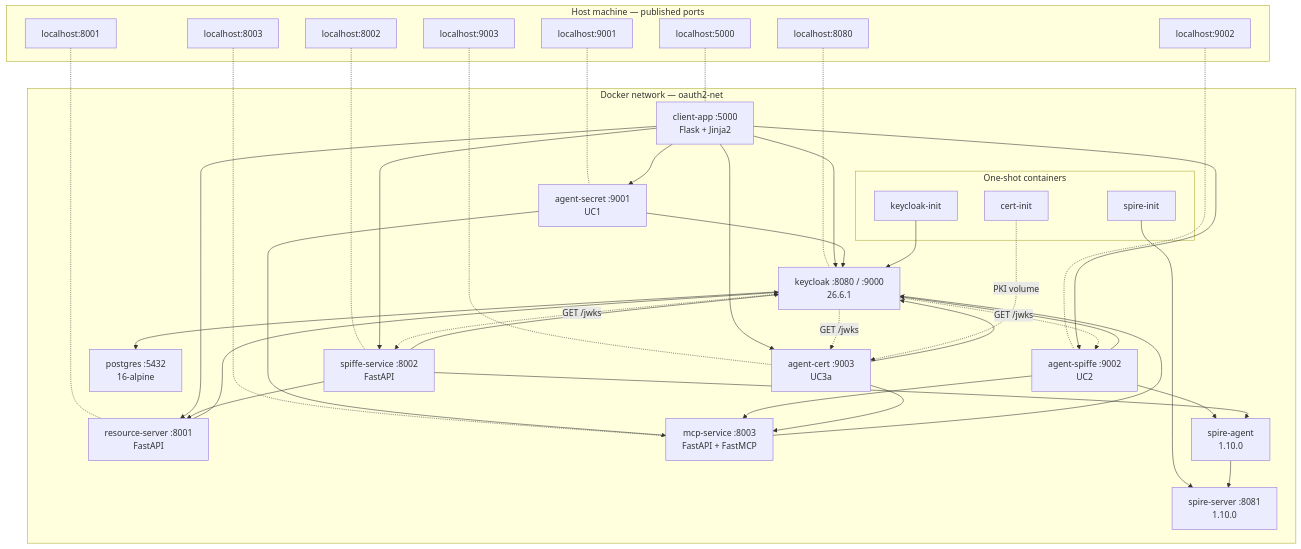
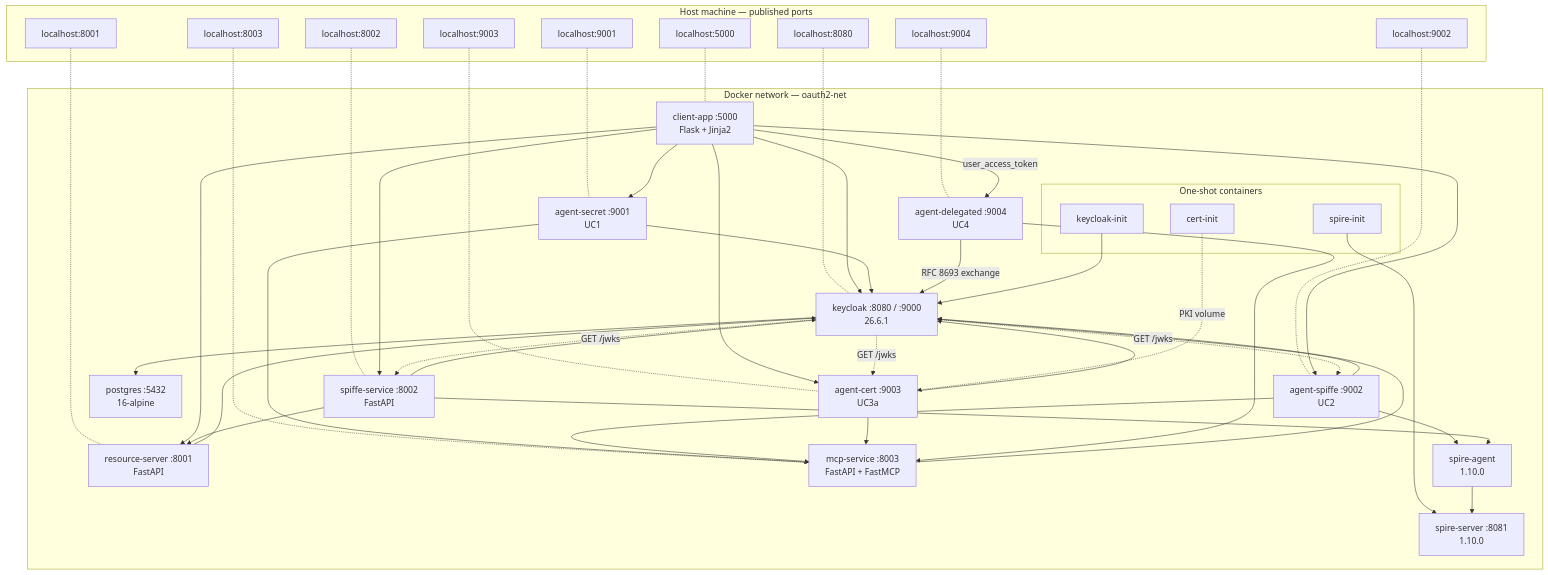
The diagram in docs/PROJECT-ARCHITECTURE.md (sebf92/oauth2tests), drawn with Mermaid before and after one commit. The commit also changed other lines of this file and 19 other files, not shown here.

````diff
--- a/docs/PROJECT-ARCHITECTURE.md
+++ b/docs/PROJECT-ARCHITECTURE.md
@@ -11,73 +11,79 @@
 ```mermaid
 graph TB
     subgraph Host["Host machine — published ports"]
         H5000["localhost:5000"]
         H8001["localhost:8001"]
         H8002["localhost:8002"]
         H8003["localhost:8003"]
         H8080["localhost:8080"]
         H9001["localhost:9001"]
         H9002["localhost:9002"]
         H9003["localhost:9003"]
+        H9004["localhost:9004"]
     end
 
     subgraph Net["Docker network — oauth2-net"]
         CA[client-app :5000<br/>Flask + Jinja2]
         RS[resource-server :8001<br/>FastAPI]
         SS[spiffe-service :8002<br/>FastAPI]
         MCP[mcp-service :8003<br/>FastAPI + FastMCP]
         KC[keycloak :8080 / :9000<br/>26.6.1]
         PG[postgres :5432<br/>16-alpine]
         SV[spire-server :8081<br/>1.10.0]
         SA[spire-agent<br/>1.10.0]
         AS[agent-secret :9001<br/>UC1]
         AP[agent-spiffe :9002<br/>UC2]
         AC[agent-cert :9003<br/>UC3a]
+        AD[agent-delegated :9004<br/>UC4]
 
         subgraph OneShot["One-shot containers"]
             KI[keycloak-init]
             SI[spire-init]
             CI[cert-init]
         end
     end
 
     H5000 -.- CA
     H8001 -.- RS
     H8002 -.- SS
     H8003 -.- MCP
     H8080 -.- KC
     H9001 -.- AS
     H9002 -.- AP
     H9003 -.- AC
+    H9004 -.- AD
 
     CA --> KC
     CA --> RS
     CA --> SS
     CA --> AS
     CA --> AP
     CA --> AC
+    CA -- "user_access_token" --> AD
 
     RS --> KC
     SS --> KC
     SS --> RS
     MCP --> KC
     AS --> KC
     AS --> MCP
     AP --> KC
     AP --> MCP
     AP --> SA
     AC --> KC
     AC --> MCP
+    AD -- "RFC 8693 exchange" --> KC
+    AD --> MCP
 
     KC --> PG
     KI --> KC
     SI --> SV
     SA --> SV
     SS --> SA
 
     KC -.->|GET /jwks| SS
     KC -.->|GET /jwks| AP
     KC -.->|GET /jwks| AC
 
     CI -.PKI volume.-> AC
 ```
````
